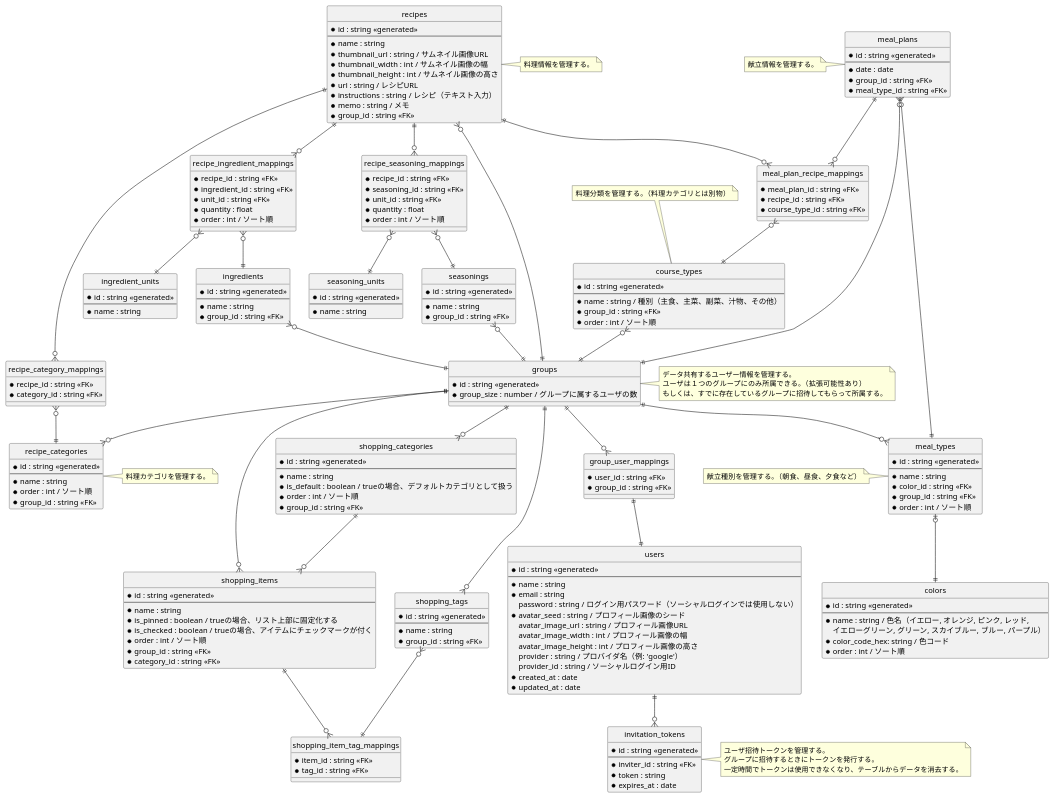
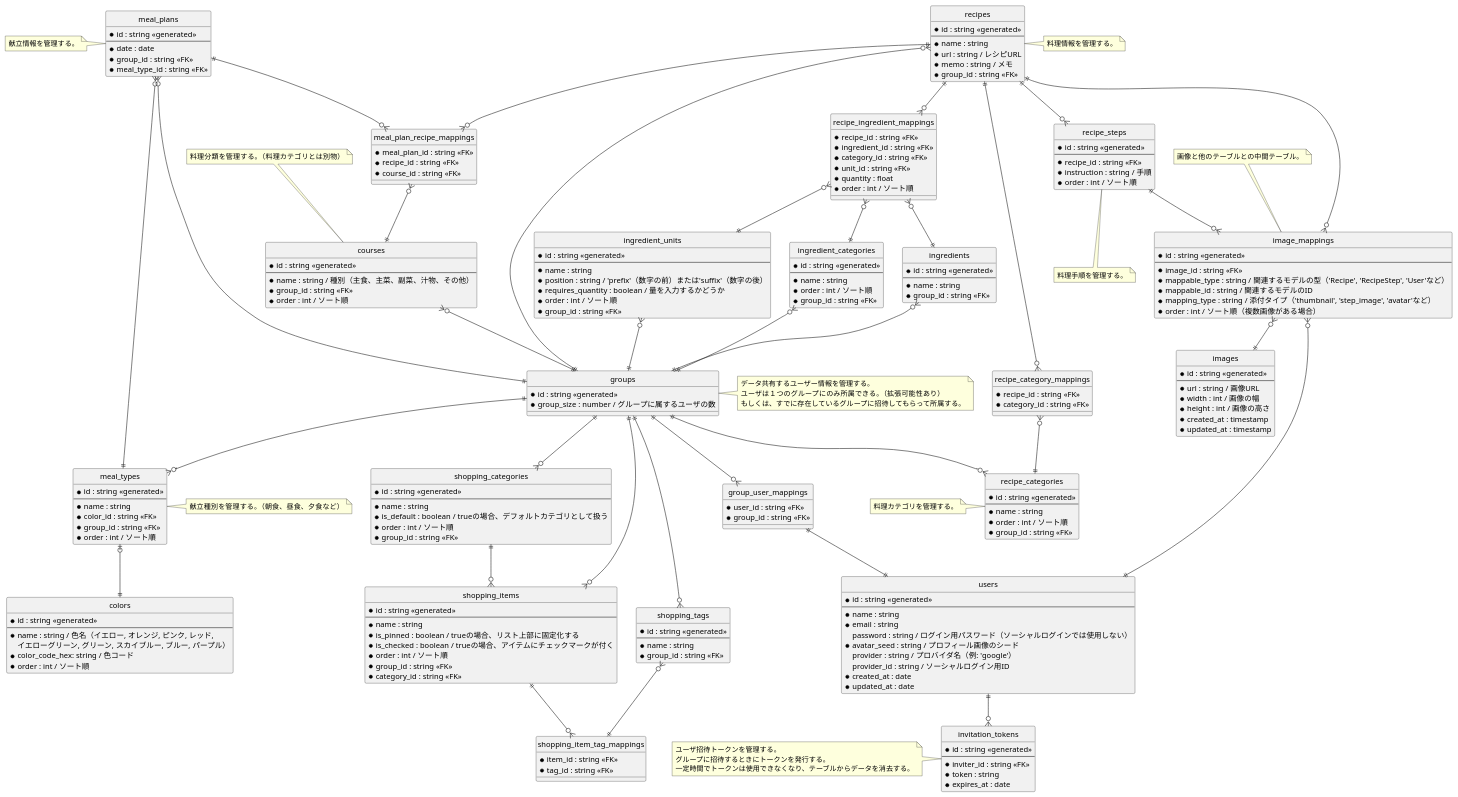
Before and after one commit to nanoha94/meap: the diagram in server/docs/er.puml, drawn with PlantUML. The commit also changed 34 other files, not shown here.

```diff
--- a/server/docs/er.puml
+++ b/server/docs/er.puml
@@ -12,19 +12,18 @@
     * id : string <<generated>>
     --
     * name : string
+    * position : string / 'prefix'（数字の前）または'suffix'（数字の後）
+    * requires_quantity : boolean / 量を入力するかどうか
+    * order : int / ソート順
+    * group_id : string <<FK>>
 }
 
-entity seasonings {
+entity ingredient_categories {
     * id : string <<generated>>
     --
     * name : string
+    * order : int / ソート順
     * group_id : string <<FK>>
-}
-
-entity seasoning_units {
-    * id : string <<generated>>
-    --
-    * name : string
 }
 
 entity recipe_category_mappings {
@@ -36,32 +35,29 @@
     * id : string <<generated>>
     --
     * name : string
-    * thumbnail_url : string / サムネイル画像URL
-    * thumbnail_width : int / サムネイル画像の幅
-    * thumbnail_height : int / サムネイル画像の高さ
     * url : string / レシピURL
-    * instructions : string / レシピ（テキスト入力）
     * memo : string / メモ
     * group_id : string <<FK>>
+}
+
+entity recipe_steps{
+    * id : string <<generated>>
+    --
+    * recipe_id : string <<FK>>
+    * instruction : string / 手順
+    * order : int / ソート順
 }
 
 entity recipe_ingredient_mappings {
     * recipe_id : string <<FK>>
     * ingredient_id : string <<FK>>
+    * category_id : string <<FK>>
     * unit_id : string <<FK>>
     * quantity : float
     * order : int / ソート順
 }
 
-entity recipe_seasoning_mappings {
-    * recipe_id : string <<FK>>
-    * seasoning_id : string <<FK>>
-    * unit_id : string <<FK>>
-    * quantity : float
-    * order : int / ソート順
-}
-
-entity course_types {
+entity courses {
     * id : string <<generated>>
     ---
     * name : string / 種別（主食、主菜、副菜、汁物、その他）
@@ -85,7 +81,7 @@
 entity meal_plan_recipe_mappings {
     * meal_plan_id : string <<FK>>
     * recipe_id : string <<FK>>
-    * course_type_id : string <<FK>>
+    * course_id : string <<FK>>
 }
 
 entity meal_plans {
@@ -159,9 +155,6 @@
     * email : string
     password : string / ログイン用パスワード（ソーシャルログインでは使用しない）
     * avatar_seed : string / プロフィール画像のシード
-    avatar_image_url : string / プロフィール画像URL
-    avatar_image_width : int / プロフィール画像の幅
-    avatar_image_height : int / プロフィール画像の高さ
     provider : string / プロバイダ名（例: 'google'）
     provider_id : string / ソーシャルログイン用ID
     * created_at : date
@@ -174,6 +167,26 @@
     * inviter_id : string <<FK>>
     * token : string
     * expires_at : date
+}
+
+entity images {
+    * id : string <<generated>>
+    --
+    * url : string / 画像URL
+    * width : int / 画像の幅
+    * height : int / 画像の高さ
+    * created_at : timestamp
+    * updated_at : timestamp
+}
+
+entity image_mappings {
+    * id : string <<generated>>
+    --
+    * image_id : string <<FK>>
+    * mappable_type : string / 関連するモデルの型（'Recipe', 'RecipeStep', 'User'など）
+    * mappable_id : string / 関連するモデルのID
+    * mapping_type : string / 添付タイプ（'thumbnail', 'step_image', 'avatar'など）
+    * order : int / ソート順（複数画像がある場合）
 }
 
 groups ||--o{ group_user_mappings
@@ -192,27 +205,29 @@
 
 meal_plans }o--|| groups
 meal_plans }o--|| meal_types
-course_types }o--|| groups
+courses }o--|| groups
 recipes }o--|| groups
 recipes ||--o{ meal_plan_recipe_mappings
 meal_plans ||--o{ meal_plan_recipe_mappings
-meal_plan_recipe_mappings }o--|| course_types
+meal_plan_recipe_mappings }o--|| courses
 
 groups ||--o{ recipe_categories
 recipes ||--o{ recipe_category_mappings
 recipe_category_mappings }o--|| recipe_categories
+recipes ||--o{ recipe_steps
+
+image_mappings }o--|| images
+recipes ||--o{ image_mappings
+recipe_steps ||--o{ image_mappings
+image_mappings }o--|| users
 
 ingredients }o--|| groups
+ingredient_units }o--|| groups
+ingredient_categories }o--|| groups
 recipes ||--o{ recipe_ingredient_mappings
+recipe_ingredient_mappings }o--|| ingredients
 recipe_ingredient_mappings }o--|| ingredient_units
-recipe_ingredient_mappings }o--|| ingredients
-
-
-seasonings }o--|| groups
-recipes ||--o{ recipe_seasoning_mappings
-recipe_seasoning_mappings }o--|| seasoning_units
-recipe_seasoning_mappings }o--|| seasonings
-
+recipe_ingredient_mappings }o--|| ingredient_categories
 
 note right of groups
   データ共有するユーザー情報を管理する。
@@ -224,7 +239,7 @@
   献立情報を管理する。
 end note
 
-note left of meal_types
+note right of meal_types
   献立種別を管理する。（朝食、昼食、夕食など）
 end note
 
@@ -232,19 +247,26 @@
   料理情報を管理する。
 end note
 
-note top of course_types
+note bottom of recipe_steps
+  料理手順を管理する。
+end note
+
+note top of courses
   料理分類を管理する。（料理カテゴリとは別物）
 end note
 
-note right of recipe_categories
+note left of recipe_categories
   料理カテゴリを管理する。
 end note
 
-note right of invitation_tokens
+note left of invitation_tokens
   ユーザ招待トークンを管理する。
   グループに招待するときにトークンを発行する。
   一定時間でトークンは使用できなくなり、テーブルからデータを消去する。
 end note
 
+note top of image_mappings
+  画像と他のテーブルとの中間テーブル。
+end note
 
 @enduml
```
